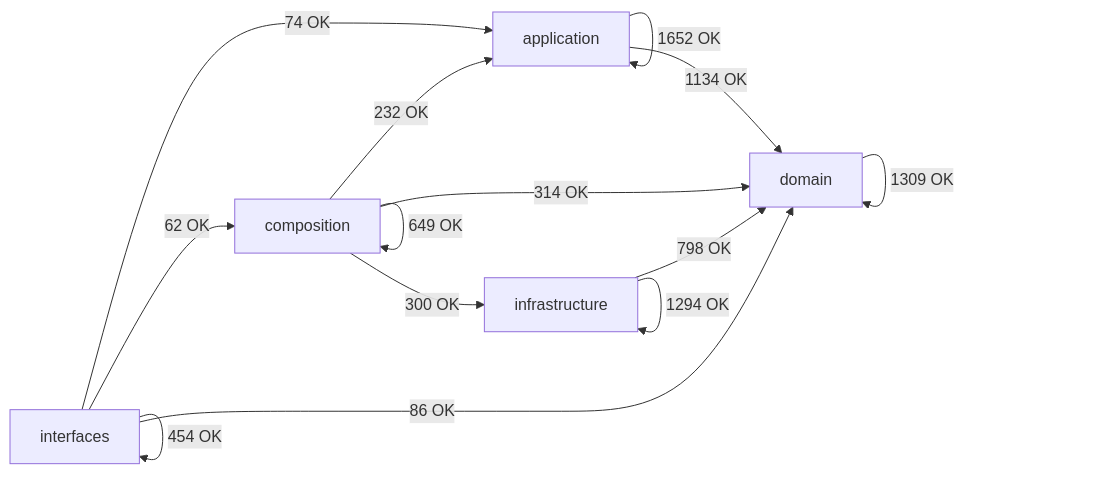
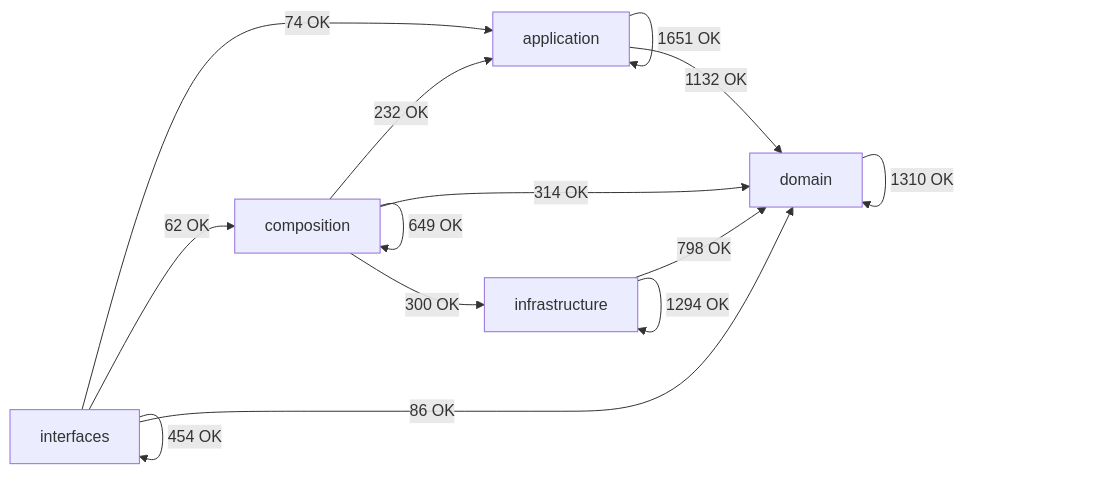
Before and after one commit to SatoryKono/BioactivityDataAcquisition: the diagram in docs/02-architecture/generated/module-dependency-map.md, drawn with Mermaid. The commit also changed other lines of this file and 26 other files, not shown here.

````diff
--- a/docs/02-architecture/generated/module-dependency-map.md
+++ b/docs/02-architecture/generated/module-dependency-map.md
@@ -17,21 +17,21 @@
 ```mermaid
 flowchart LR
     domain[domain]
     application[application]
     infrastructure[infrastructure]
     composition[composition]
     interfaces[interfaces]
-    application -->|1652 OK| application
-    application -->|1134 OK| domain
+    application -->|1651 OK| application
+    application -->|1132 OK| domain
     composition -->|232 OK| application
     composition -->|649 OK| composition
     composition -->|314 OK| domain
     composition -->|300 OK| infrastructure
-    domain -->|1309 OK| domain
+    domain -->|1310 OK| domain
     infrastructure -->|798 OK| domain
     infrastructure -->|1294 OK| infrastructure
     interfaces -->|74 OK| application
     interfaces -->|62 OK| composition
     interfaces -->|86 OK| domain
     interfaces -->|454 OK| interfaces
 ```
````
